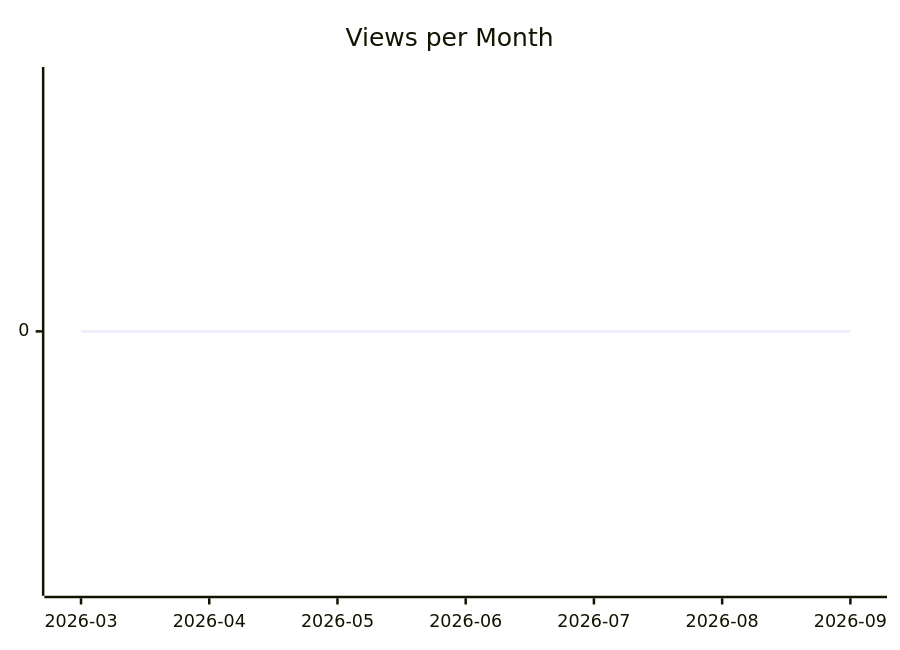
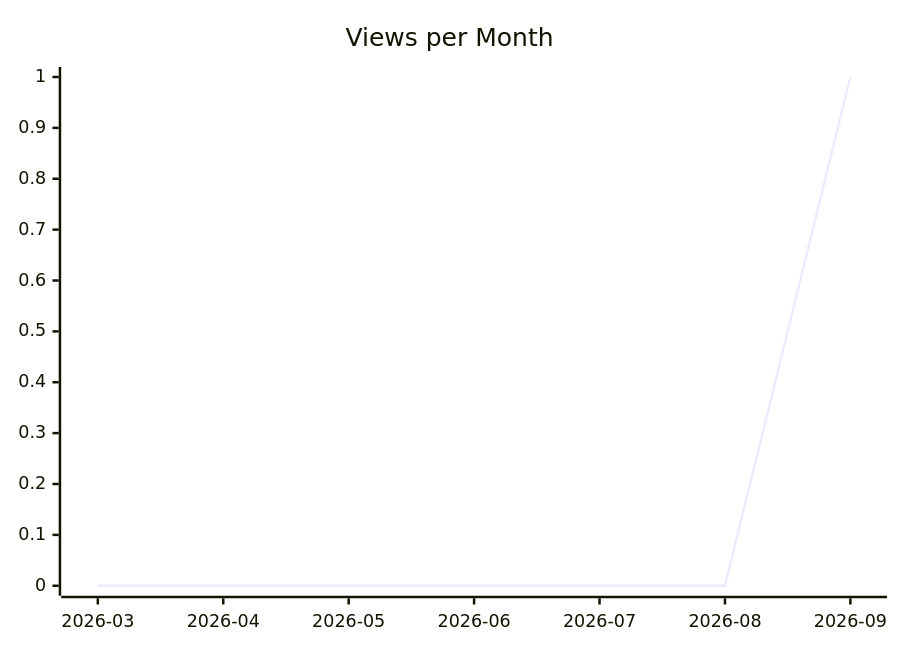
One commit to justdavis-family/github-analytics-data changed the second of 3 diagrams in karlmdavis/liquibase/README.md. Above: the diagram before and after it, drawn with Mermaid. The commit also changed other lines of this file and 198 other files, not shown here.

````diff
--- a/karlmdavis/liquibase/README.md
+++ b/karlmdavis/liquibase/README.md
@@ -12,6 +12,6 @@
 ```mermaid
 xychart-beta
   title "Views per Month"
   x-axis ["2026-03", "2026-04", "2026-05", "2026-06", "2026-07", "2026-08", "2026-09"]
-  line [0, 0, 0, 0, 0, 0, 0]
+  line [0, 0, 0, 0, 0, 0, 1]
 ```
````
